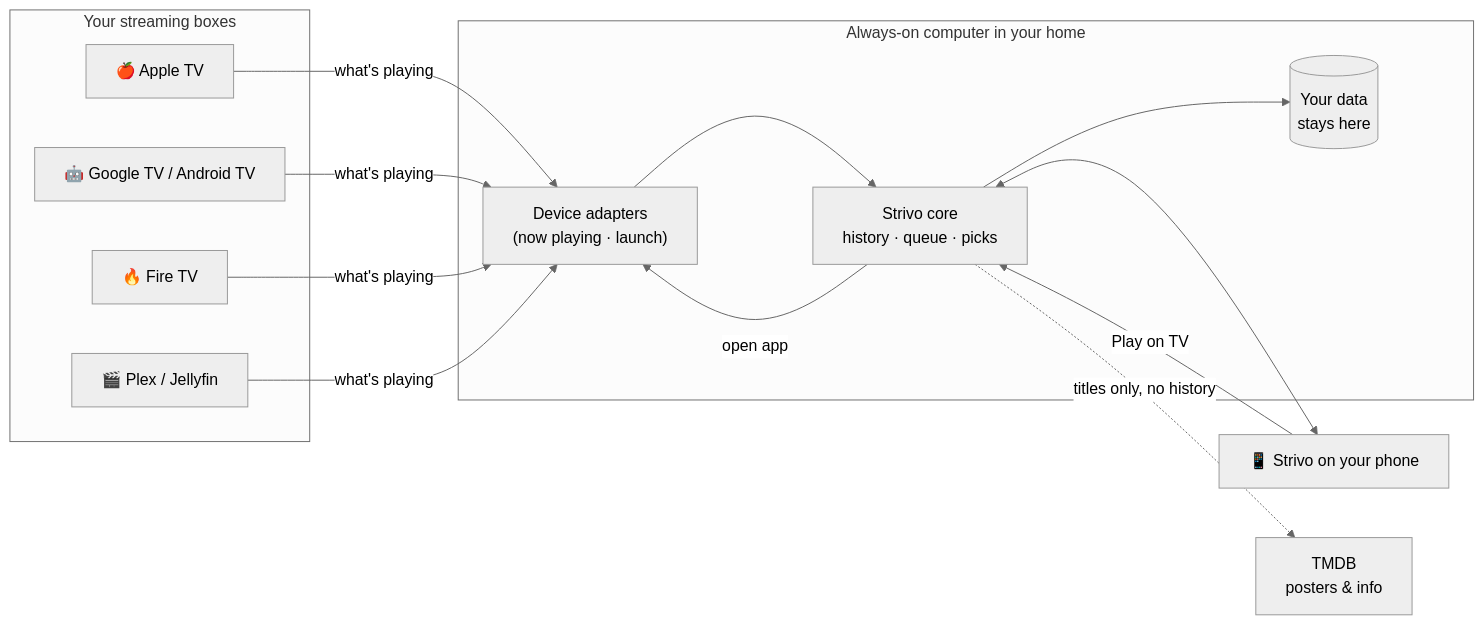
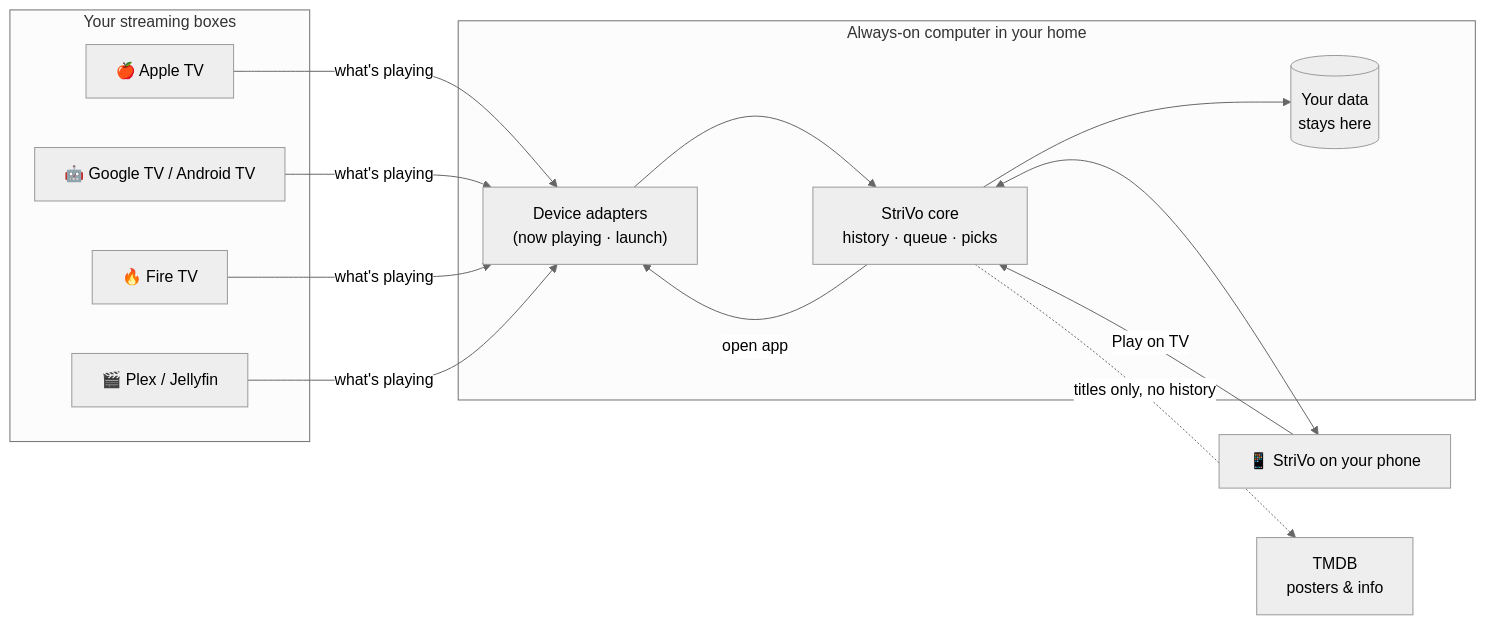
Before and after one commit to nickdnj/strivo: the diagram in README.md, drawn with Mermaid (neutral theme). The commit also changed other lines of this file and 46 other files, not shown here.

````diff
--- a/README.md
+++ b/README.md
@@ -147,22 +147,22 @@
 ```mermaid
 flowchart LR
   subgraph TVs["Your streaming boxes"]
     ATV["🍎 Apple TV"]
     GTV["🤖 Google TV / Android TV"]
     FTV["🔥 Fire TV"]
     MS["🎬 Plex / Jellyfin"]
   end
   subgraph Home["Always-on computer in your home"]
     AD["Device adapters<br/>(now playing · launch)"]
-    CORE["Strivo core<br/>history · queue · picks"]
+    CORE["StriVo core<br/>history · queue · picks"]
     DB[("Your data<br/>stays here")]
   end
-  PHONE["📱 Strivo on your phone"]
+  PHONE["📱 StriVo on your phone"]
   TMDB["TMDB<br/>posters & info"]
 
   ATV & GTV & FTV & MS -- "what's playing" --> AD
   AD --> CORE --> DB
   CORE <--> PHONE
   PHONE -- "Play on TV" --> CORE -- "open app" --> AD
   CORE -. "titles only, no history" .-> TMDB
 ```
````
